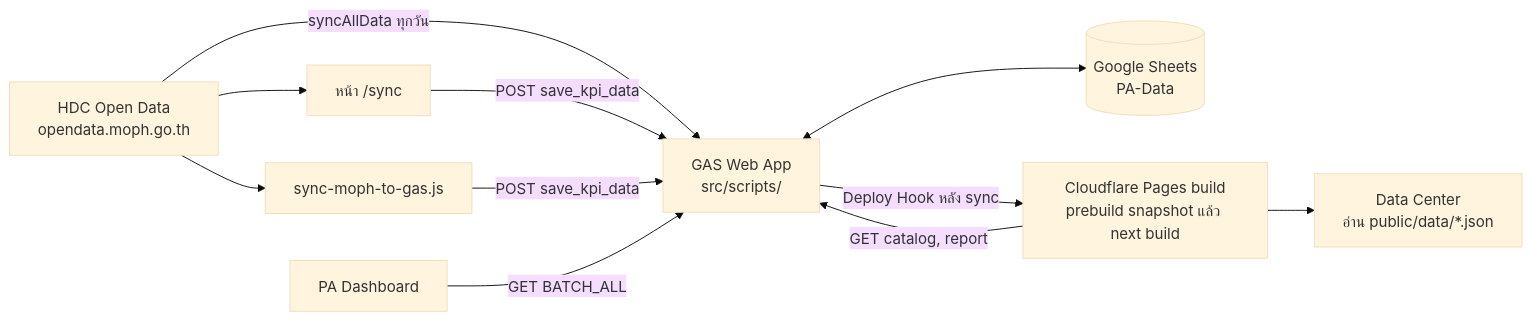
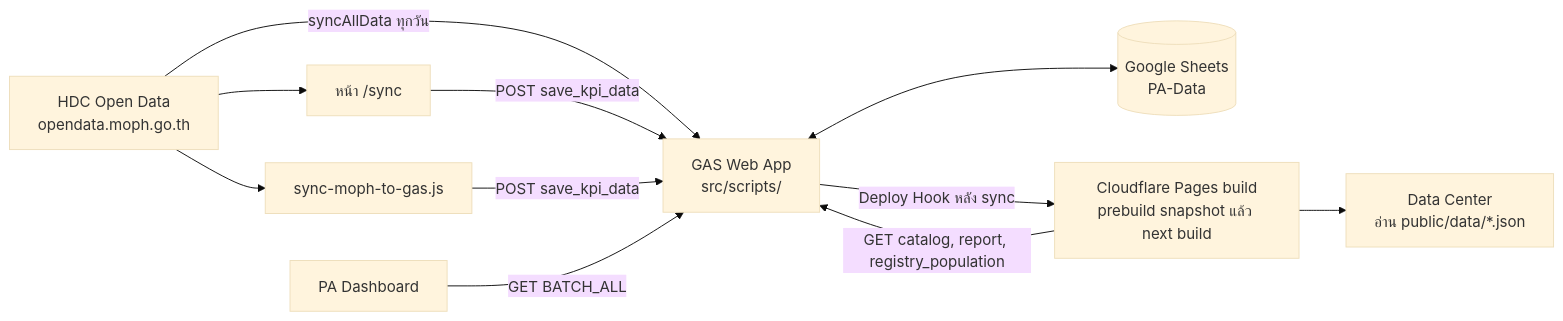
Before and after one commit to 9GotStory/pa-dashboard: the diagram in README.md, drawn with Mermaid (base theme). The commit also changed other lines of this file and 9 other files, not shown here.

First line of the commit message:
feat: F26 registry population on the home page: prebuild population.json, homePopulation in population.ts, summary, area panel rows and ตำบล table (#183)

````diff
--- a/README.md
+++ b/README.md
@@ -21,20 +21,20 @@
 ```mermaid
 flowchart LR
   MOPH["HDC Open Data<br/>opendata.moph.go.th"]
   PAGE["หน้า /sync"]
   NODE["sync-moph-to-gas.js"]
   GAS["GAS Web App<br/>src/scripts/"]
   SHEETS[("Google Sheets<br/>PA-Data")]
   PA["PA Dashboard"]
   BUILD["Cloudflare Pages build<br/>prebuild snapshot แล้ว next build"]
   DC["Data Center<br/>อ่าน public/data/*.json"]
 
   MOPH -->|"syncAllData ทุกวัน"| GAS
   MOPH --> PAGE & NODE
   PAGE & NODE -->|"POST save_kpi_data"| GAS
   GAS <--> SHEETS
   PA -->|"GET BATCH_ALL"| GAS
   GAS -->|"Deploy Hook หลัง sync"| BUILD
-  BUILD -->|"GET catalog, report"| GAS
+  BUILD -->|"GET catalog, report, registry_population"| GAS
   BUILD --> DC
 ```
````
